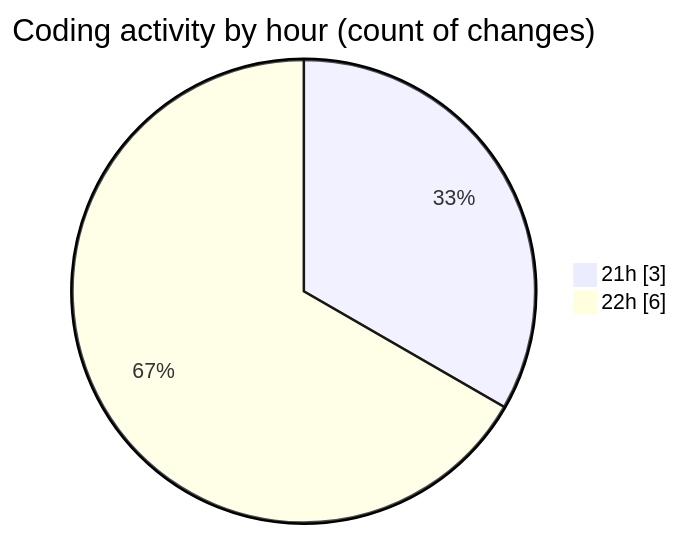
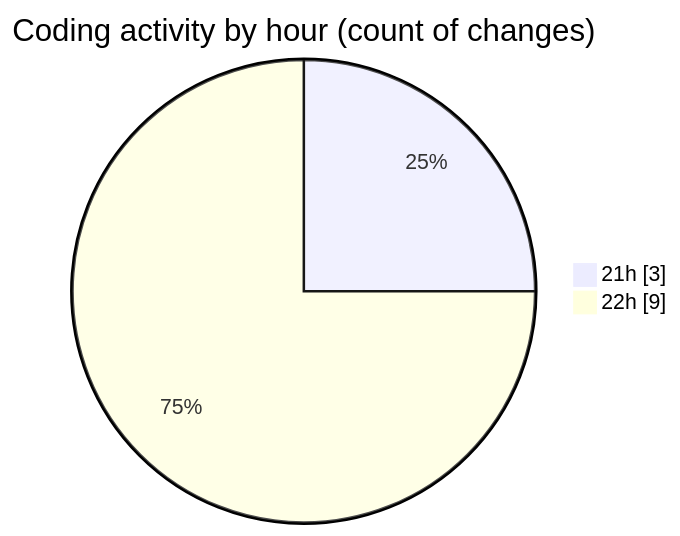
The second of 2 diagrams in 2025-03-18/sharpmasm/README.md (charlie-sans/code-tracking), drawn with Mermaid before and after one commit. The commit also changed other lines of this file and 1 other file, not shown here.

````diff
--- a/2025-03-18/sharpmasm/README.md
+++ b/2025-03-18/sharpmasm/README.md
@@ -31,6 +31,6 @@
 ```mermaid
 pie showData
 title Coding activity by hour (count of changes)
 "21h" : 3
-"22h" : 6
+"22h" : 9
 ```
````
